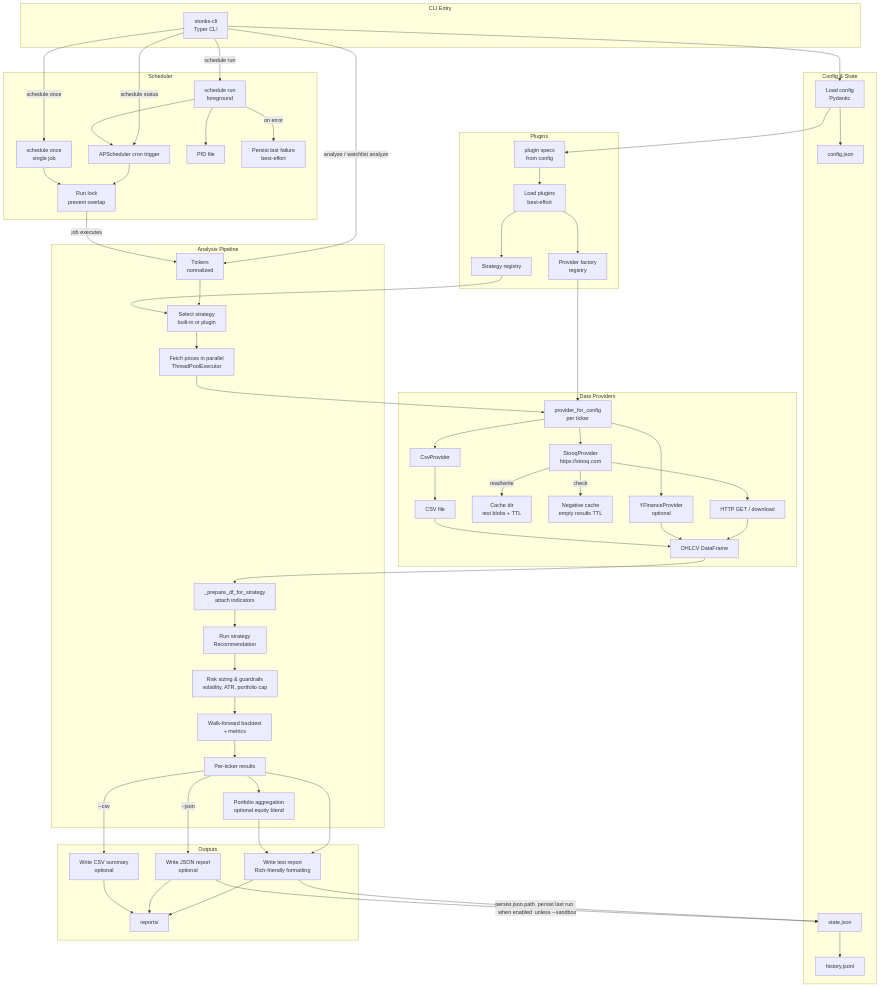
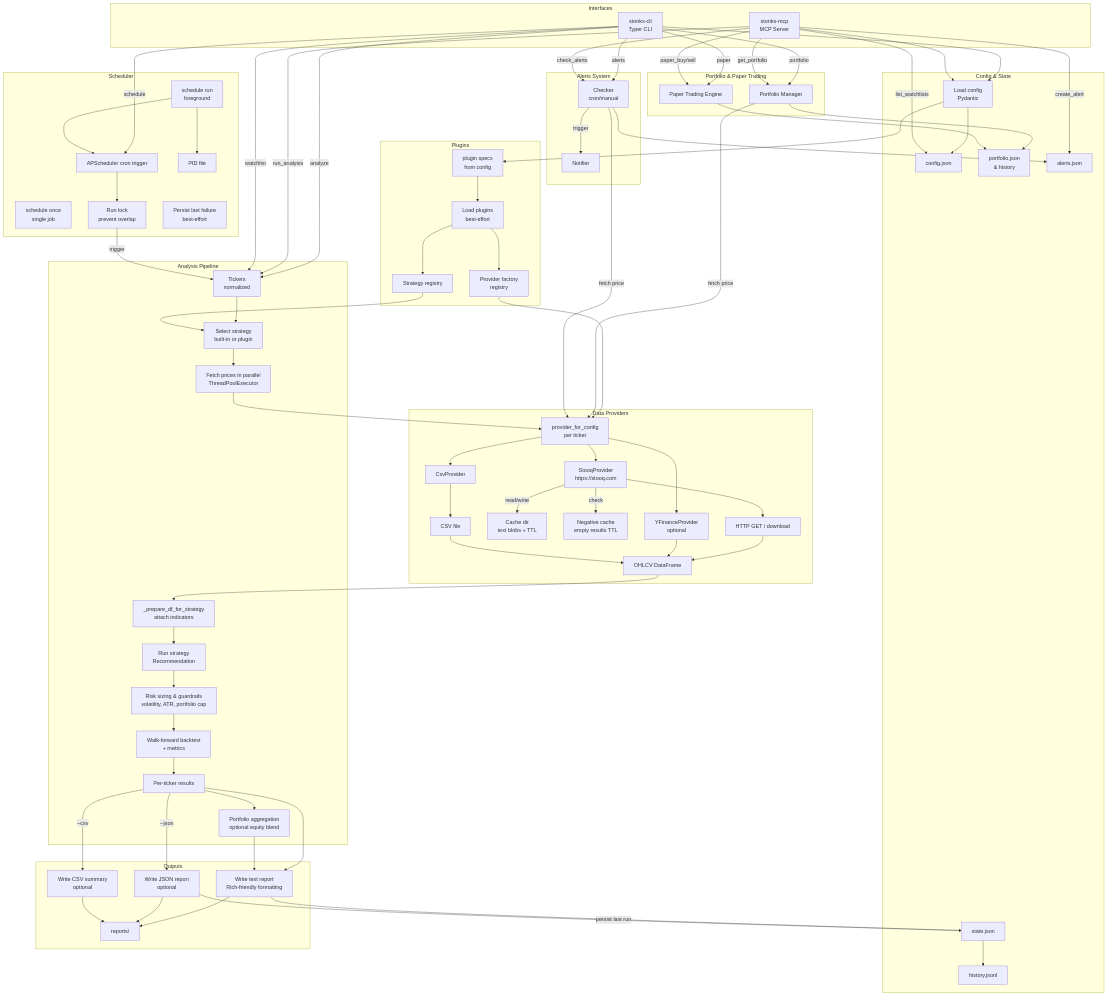
The diagram in README.md (gongahkia/stonks-cli), drawn with Mermaid before and after one commit.

Commit message:
docs: update mermaid architecture diagram

````diff
--- a/README.md
+++ b/README.md
@@ -209,8 +209,9 @@
 ```mermaid
 flowchart TD
     %% High-level entrypoints
-    subgraph CLI["CLI Entry"]
+    subgraph Interfaces["Interfaces"]
         cli["stonks-cli<br/>Typer CLI"]
+        mcp["stonks-mcp<br/>MCP Server"]
     end
 
     subgraph Config["Config & State"]
@@ -218,6 +219,8 @@
         cfgfile["config.json"]
         state["state.json"]
         hist["history.jsonl"]
+        portStore["portfolio.json<br/>& history"]
+        alertStore["alerts.json"]
     end
 
     subgraph Plugins["Plugins"]
@@ -236,7 +239,17 @@
         risk["Risk sizing & guardrails<br/>volatility, ATR, portfolio cap"]
         bt["Walk-forward backtest<br/>+ metrics"]
         results["Per-ticker results"]
-        portfolio["Portfolio aggregation<br/>optional equity blend"]
+        portfolioAgg["Portfolio aggregation<br/>optional equity blend"]
+    end
+
+    subgraph Portfolio["Portfolio & Paper Trading"]
+        portMgr["Portfolio Manager"]
+        paperMgr["Paper Trading Engine"]
+    end
+
+    subgraph Alerts["Alerts System"]
+        alertCheck["Checker<br/>cron/manual"]
+        alertNotifier["Notifier"]
     end
 
     subgraph Providers["Data Providers"]
@@ -267,20 +280,29 @@
         failure["Persist last failure<br/>best-effort"]
     end
 
+    %% Config connections
     cli --> cfg
+    mcp --> cfg
     cfg --> cfgfile
     cfg --> plugSpecs
     plugSpecs --> plugLoad
     plugLoad --> stratReg
     plugLoad --> provReg
 
-    cli -->|analyze / watchlist analyze| tickers
+    %% CLI/MCP Actions
+    cli -->|analyze| tickers
+    mcp -->|run_analysis| tickers
+    cli -->|watchlist| tickers
+    mcp -->|list_watchlists| cfgfile
+
+    %% Pipeline connections
     tickers --> selectStrat
     stratReg --> selectStrat
     selectStrat --> fetchParallel
     fetchParallel --> providerSelect
     provReg --> providerSelect
 
+    %% Data flow
     providerSelect --> stooq
     providerSelect --> yfin
     providerSelect --> csv
@@ -293,32 +315,49 @@
     csv --> csvFile
     csvFile --> pxDF
 
+    %% Analysis Logic
     pxDF --> prep
     prep --> strat
     strat --> risk
     risk --> bt
     bt --> results
-    results --> portfolio
+    results --> portfolioAgg
 
+    %% Reporting
     results --> textRep
-    portfolio --> textRep
+    portfolioAgg --> textRep
     textRep --> outDir
     results -->|--json| jsonRep
     jsonRep --> outDir
     results -->|--csv| csvRep
     csvRep --> outDir
 
-    textRep -->|persist last run<br/>unless --sandbox| state
-    jsonRep -->|persist json path<br/>when enabled| state
+    %% State Persistence
+    textRep -->|persist last run| state
+    jsonRep --> state
     state --> hist
 
-    cli -->|schedule status| cron
-    cli -->|schedule run| schedRun
-    cli -->|schedule once| schedOnce
+    %% Portfolio Module
+    cli -->|portfolio| portMgr
+    mcp -->|get_portfolio| portMgr
+    cli -->|paper| paperMgr
+    mcp -->|paper_buy/sell| paperMgr
+    portMgr --> portStore
+    paperMgr --> portStore
+    portMgr -->|fetch price| providerSelect
+
+    %% Alerts Module
+    cli -->|alerts| alertCheck
+    mcp -->|create_alert| alertStore
+    mcp -->|check_alerts| alertCheck
+    alertCheck --> alertStore
+    alertCheck -->|fetch price| providerSelect
+    alertCheck -->|trigger| alertNotifier
+
+    %% Scheduler
+    cli -->|schedule| cron
     schedRun --> pid
     schedRun --> cron
     cron --> lock
-    schedOnce --> lock
-    lock -->|job executes| tickers
-    schedRun -->|on error| failure
+    lock -->|trigger| tickers
 ```
````
